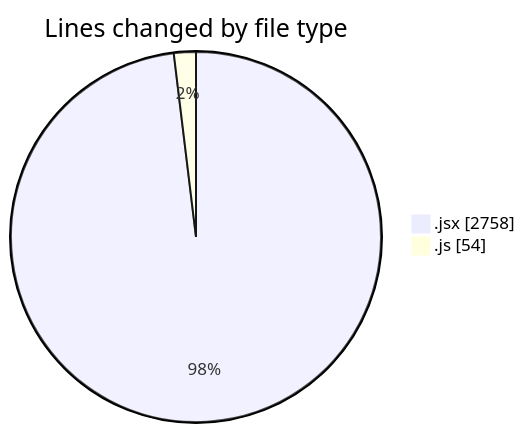
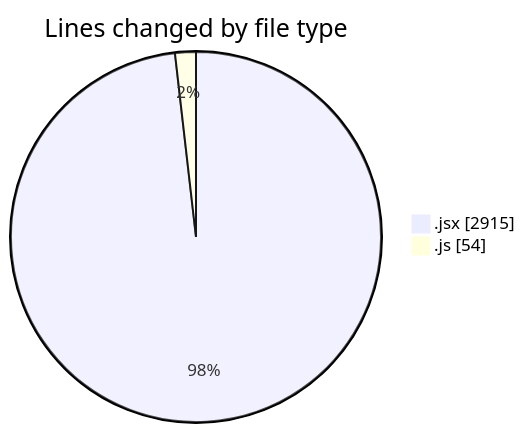
The first of 2 diagrams in 2025-06-25/nxtqube_webapp/README.md (nxtqubesakshisongat/code-tracking), drawn with Mermaid before and after one commit. The commit also changed other lines of this file and 1 other file, not shown here.

````diff
--- a/2025-06-25/nxtqube_webapp/README.md
+++ b/2025-06-25/nxtqube_webapp/README.md
@@ -23,6 +24,6 @@
 ```mermaid
 pie showData
 title Lines changed by file type
-".jsx" : 2758
+".jsx" : 2915
 ".js" : 54
 ```
````
